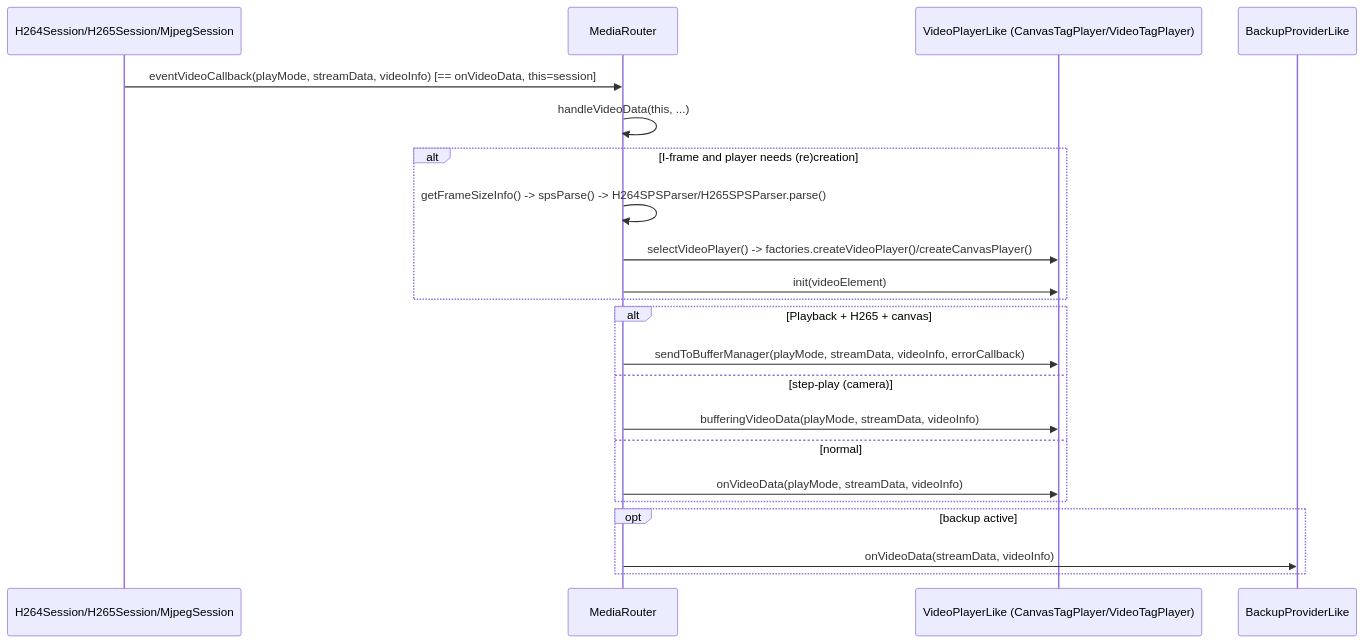
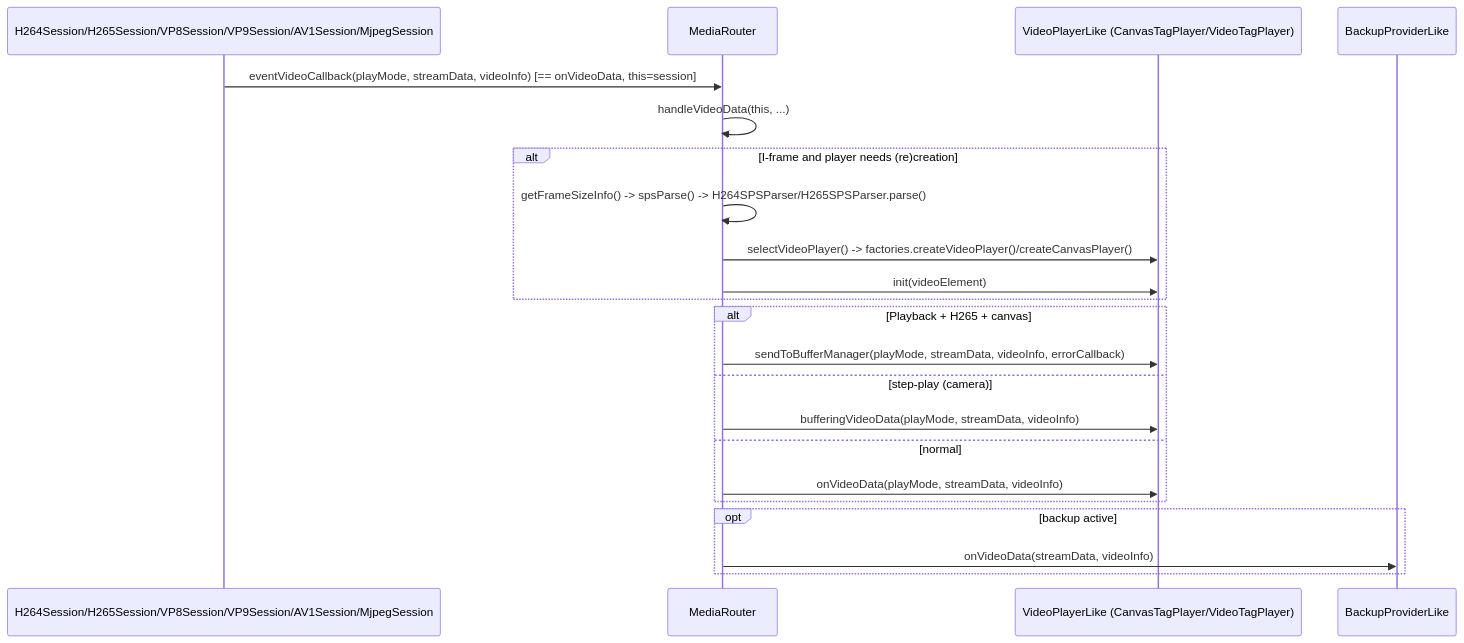
One commit to melchi45/rtsp-over-websocket changed the eighth of 27 diagrams in docs/player/03-mediaSession-core-video.md. Above: the diagram before and after it, drawn with Mermaid. The commit also changed other lines of this file and 53 other files, not shown here.

````diff
--- a/docs/player/03-mediaSession-core-video.md
+++ b/docs/player/03-mediaSession-core-video.md
@@ -515,25 +547,25 @@
 ```mermaid
 sequenceDiagram
-    participant Sess as H264Session/H265Session/MjpegSession
+    participant Sess as H264Session/H265Session/VP8Session/VP9Session/AV1Session/MjpegSession
     participant MR as MediaRouter
     participant Player as VideoPlayerLike (CanvasTagPlayer/VideoTagPlayer)
     participant Backup as BackupProviderLike
 
     Sess->>MR: eventVideoCallback(playMode, streamData, videoInfo)  [== onVideoData, this=session]
     MR->>MR: handleVideoData(this, ...)
     alt I-frame and player needs (re)creation
         MR->>MR: getFrameSizeInfo() -> spsParse() -> H264SPSParser/H265SPSParser.parse()
         MR->>Player: selectVideoPlayer() -> factories.createVideoPlayer()/createCanvasPlayer()
         MR->>Player: init(videoElement)
     end
     alt Playback + H265 + canvas
         MR->>Player: sendToBufferManager(playMode, streamData, videoInfo, errorCallback)
     else step-play (camera)
         MR->>Player: bufferingVideoData(playMode, streamData, videoInfo)
     else normal
         MR->>Player: onVideoData(playMode, streamData, videoInfo)
     end
     opt backup active
         MR->>Backup: onVideoData(streamData, videoInfo)
     end
 ```
````
